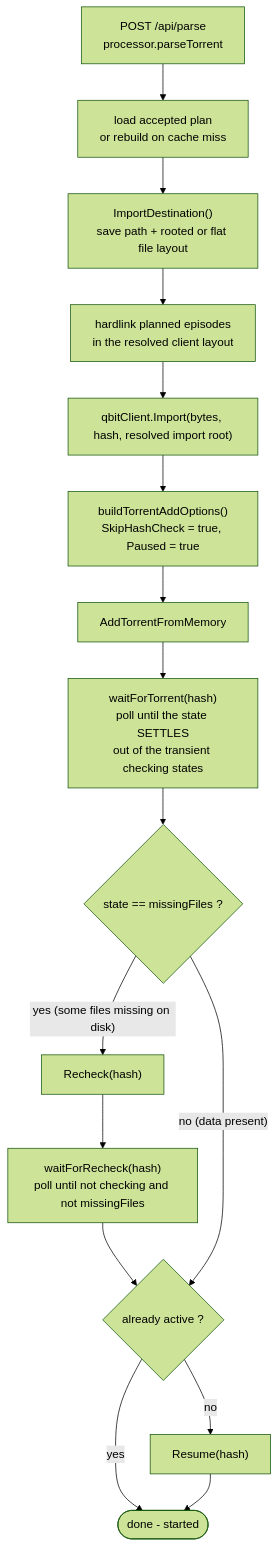
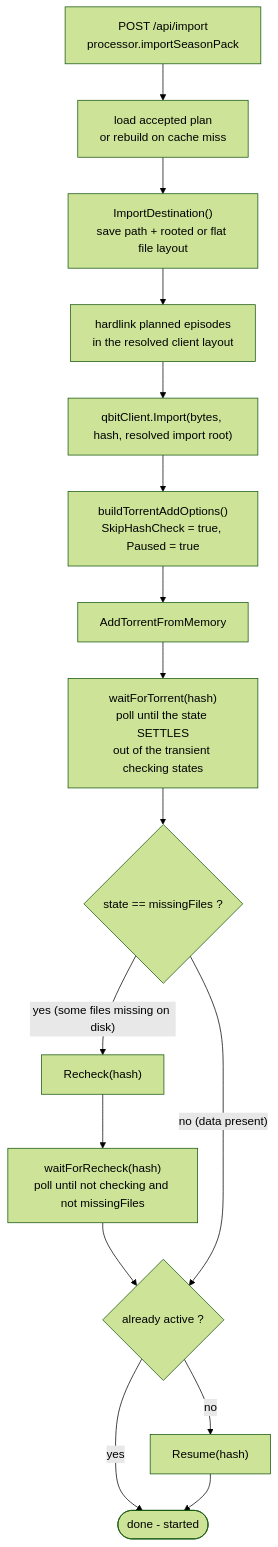
One commit to nuxencs/seasonpackarr changed the first of 2 diagrams in docs/design-docs/qbittorrent-import-flow.md. Above: the diagram before and after it, drawn with Mermaid (forest theme). The commit also changed other lines of this file and 37 other files, not shown here.

Commit message:
refactor(api)!: name endpoints for matching and import (#260)

````diff
--- a/docs/design-docs/qbittorrent-import-flow.md
+++ b/docs/design-docs/qbittorrent-import-flow.md
@@ -21,19 +21,19 @@
 ```mermaid
 flowchart TD
-    A["POST /api/parse<br/>processor.parseTorrent"] --> B["load accepted plan<br/>or rebuild on cache miss"]
+    A["POST /api/import<br/>processor.importSeasonPack"] --> B["load accepted plan<br/>or rebuild on cache miss"]
     B --> C["ImportDestination()<br/>save path + rooted or flat file layout"]
     C --> D["hardlink planned episodes<br/>in the resolved client layout"]
     D --> E["qbitClient.Import(bytes, hash, resolved import root)"]
 
     E --> F["buildTorrentAddOptions()<br/>SkipHashCheck = true, Paused = true"]
     F --> G["AddTorrentFromMemory"]
     G --> H["waitForTorrent(hash)<br/>poll until the state SETTLES<br/>out of the transient checking states"]
     H --> I{"state == missingFiles ?"}
     I -- "yes (some files missing on disk)" --> J["Recheck(hash)"]
     J --> K["waitForRecheck(hash)<br/>poll until not checking and not missingFiles"]
     K --> L{"already active ?"}
     I -- "no (data present)" --> L
     L -- "yes" --> M(["done - started"])
     L -- "no" --> N["Resume(hash)"]
     N --> M
 ```
````
